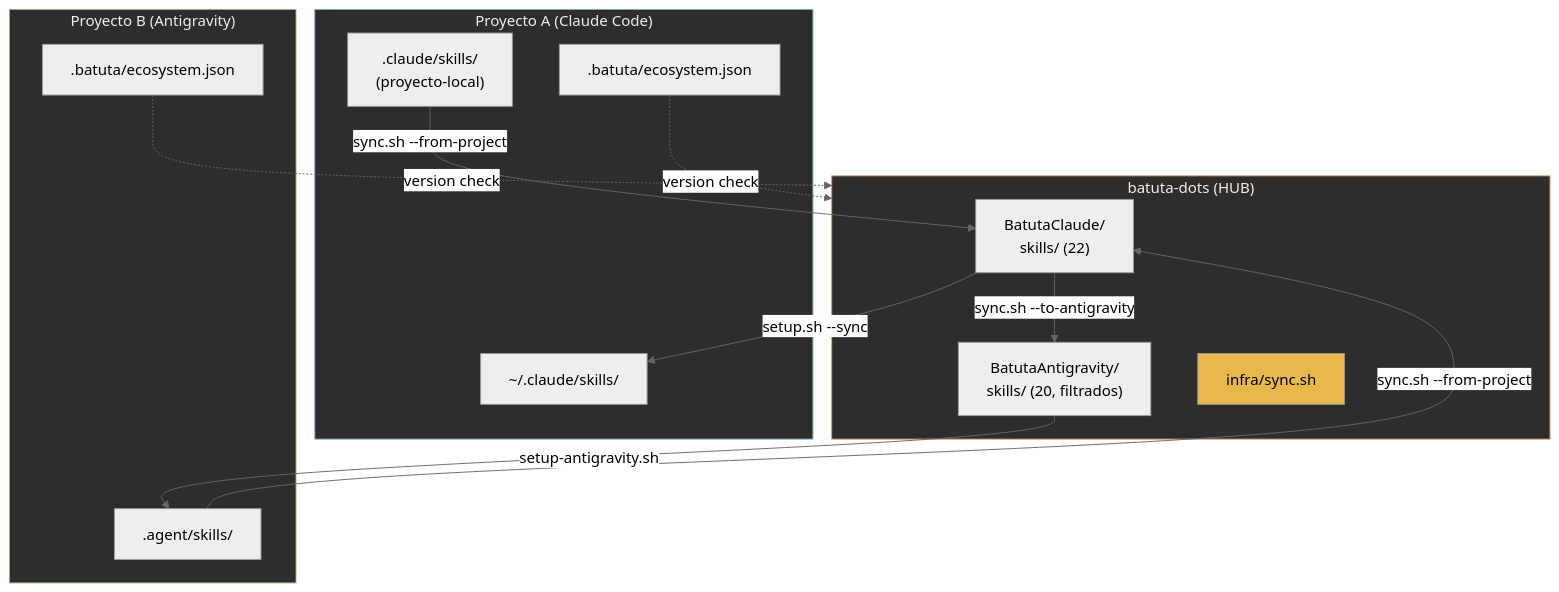
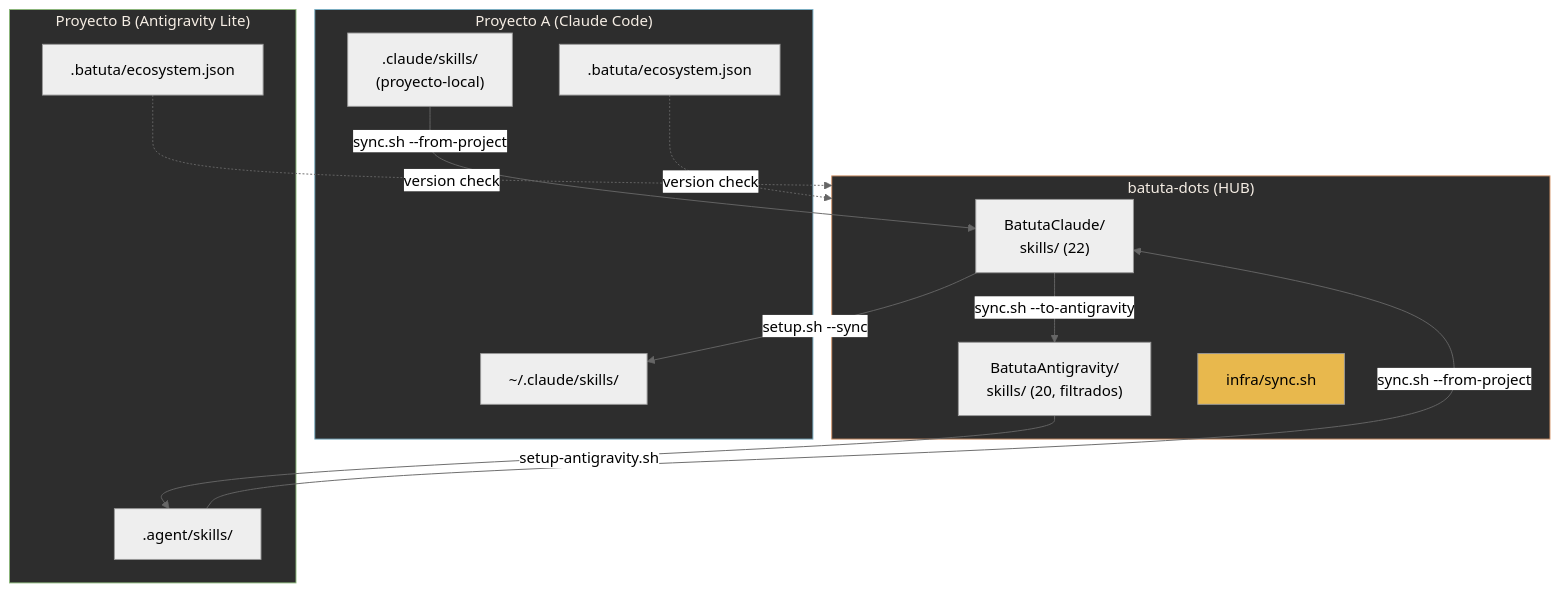
One commit to jota-batuta/batuta-dots changed diagram 22 of 23 in docs/architecture/arquitectura-diagrama.md. Above: the diagram before and after it, drawn with Mermaid (neutral theme). The commit also changed other lines of this file and 32 other files, not shown here.

First line of the commit message:
feat: Antigravity Lite, zombie cleanup, project-scoped skills (v11.2+v11.3)

````diff
--- a/docs/architecture/arquitectura-diagrama.md
+++ b/docs/architecture/arquitectura-diagrama.md
@@ -794,34 +809,34 @@
 ```mermaid
 flowchart TD
     subgraph HUB["batuta-dots (HUB)"]
         BC["BatutaClaude/<br/>skills/ (22)"]
         BA["BatutaAntigravity/<br/>skills/ (20, filtrados)"]
         SYNC["infra/sync.sh"]
     end
 
     subgraph SPOKE_CLAUDE["Proyecto A (Claude Code)"]
         PC_SKILLS["~/.claude/skills/"]
         PC_LOCAL[".claude/skills/<br/>(proyecto-local)"]
         PC_ECO[".batuta/ecosystem.json"]
     end
 
-    subgraph SPOKE_ANTIGRAVITY["Proyecto B (Antigravity)"]
+    subgraph SPOKE_ANTIGRAVITY["Proyecto B (Antigravity Lite)"]
         PA_SKILLS[".agent/skills/"]
         PA_ECO[".batuta/ecosystem.json"]
     end
 
     BC -->|"setup.sh --sync"| PC_SKILLS
     BC -->|"sync.sh --to-antigravity"| BA
     BA -->|"setup-antigravity.sh"| PA_SKILLS
 
     PC_LOCAL -->|"sync.sh --from-project"| BC
     PA_SKILLS -->|"sync.sh --from-project"| BC
 
     PC_ECO -.->|"version check"| HUB
     PA_ECO -.->|"version check"| HUB
 
     style HUB fill:#2d2d2d,stroke:#D4956A,color:#F5EDE4
     style SPOKE_CLAUDE fill:#2d2d2d,stroke:#7AAFC4,color:#F5EDE4
     style SPOKE_ANTIGRAVITY fill:#2d2d2d,stroke:#8BB87A,color:#F5EDE4
     style SYNC fill:#E8B84D,color:#000
 ```
````
